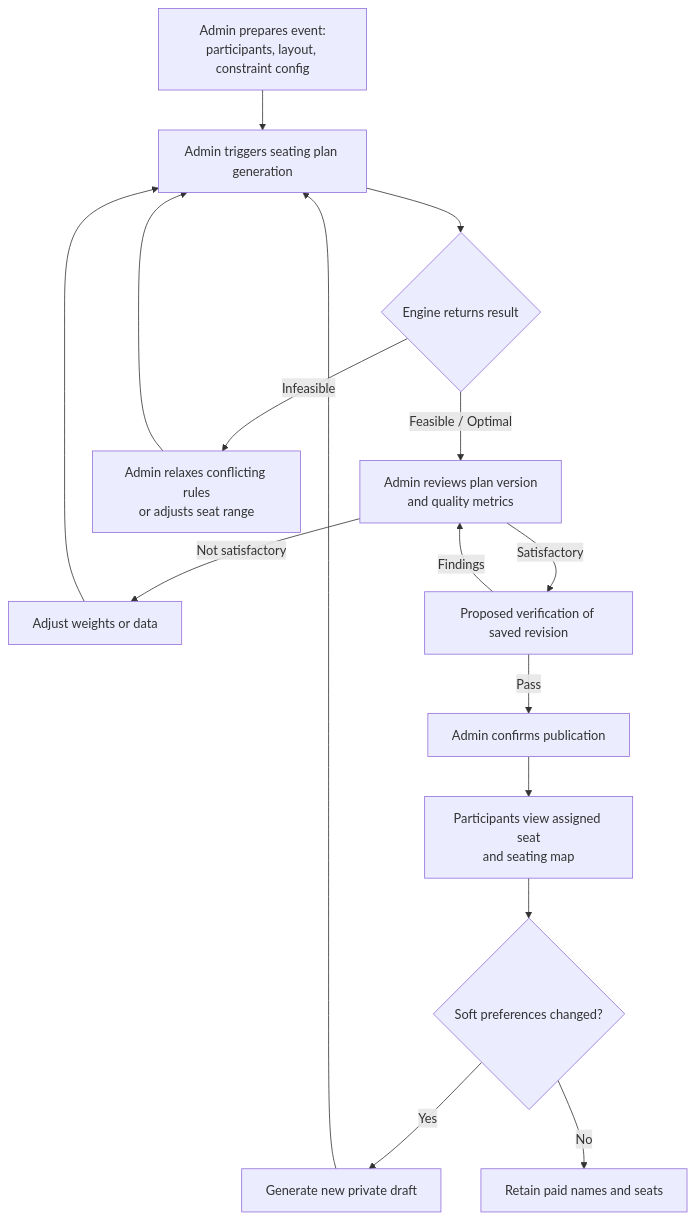
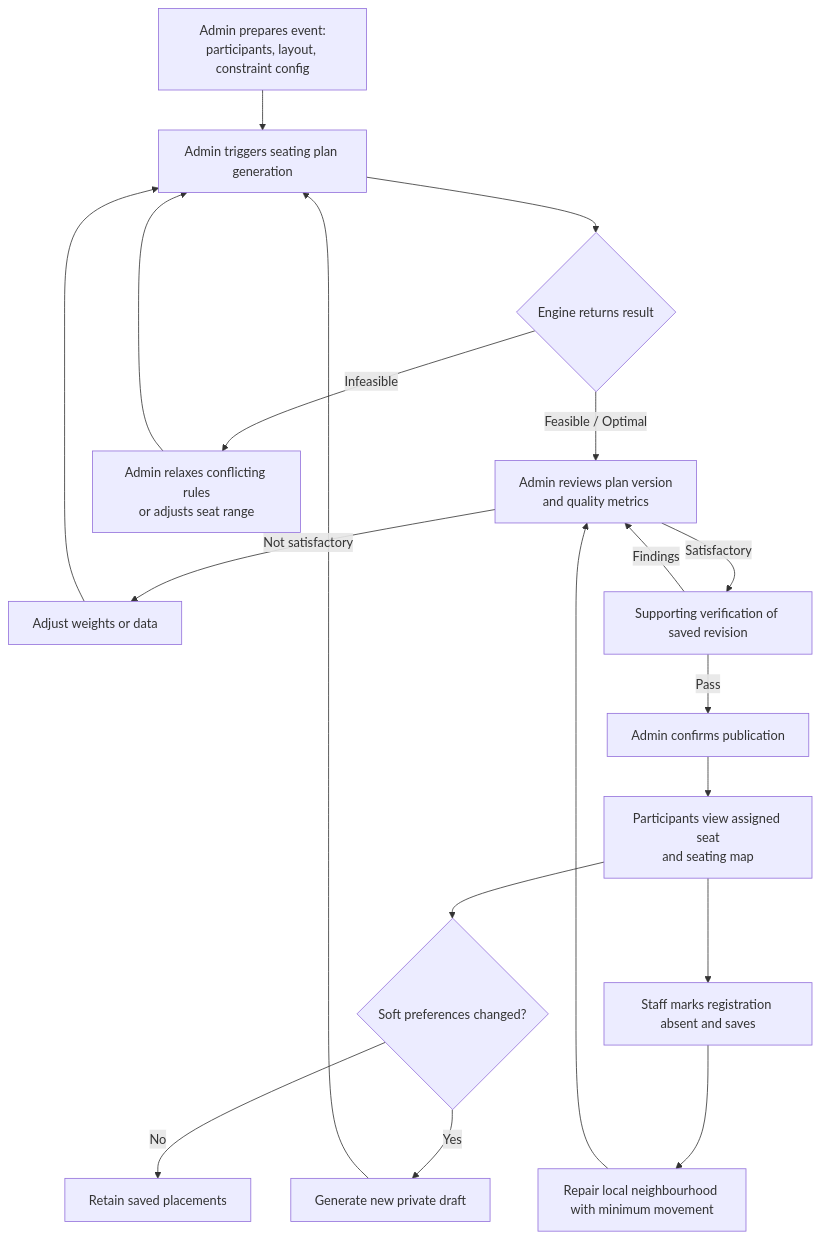
The second of 11 diagrams in FYP1/fyp_interim-report-refined.md (DariusShin/FYP-Seating-Allocation), drawn with Mermaid before and after one commit. The commit also changed other lines of this file and 2 other files, not shown here.

````diff
--- a/FYP1/fyp_interim-report-refined.md
+++ b/FYP1/fyp_interim-report-refined.md
@@ -206,16 +206,19 @@
 ```mermaid
 flowchart TD
     A[Admin prepares event:<br/>participants, layout, constraint config] --> B[Admin triggers seating plan generation]
     B --> C{Engine returns result}
     C -->|Feasible / Optimal| D[Admin reviews plan version<br/>and quality metrics]
     C -->|Infeasible| E[Admin relaxes conflicting rules<br/>or adjusts seat range]
     E --> B
     D -->|Not satisfactory| F[Adjust weights or data] --> B
-    D -->|Satisfactory| V[Proposed verification of saved revision]
+    D -->|Satisfactory| V[Supporting verification of saved revision]
     V -->|Pass| G[Admin confirms publication]
     V -->|Findings| D
     G --> H[Participants view assigned seat<br/>and seating map]
     H --> I{Soft preferences changed?}
     I -->|Yes| J[Generate new private draft] --> B
-    I -->|No| L[Retain paid names and seats]
+    I -->|No| L[Retain saved placements]
+    H --> M[Staff marks registration absent and saves]
+    M --> N[Repair local neighbourhood with minimum movement]
+    N --> D
 ```
````
